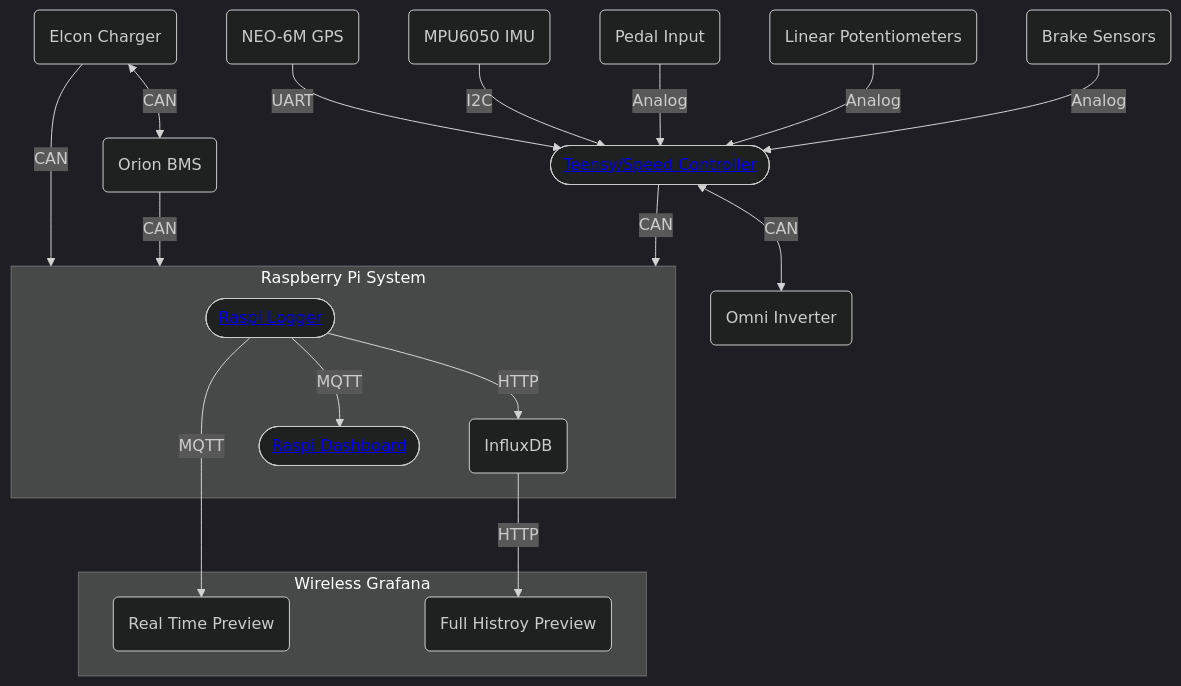
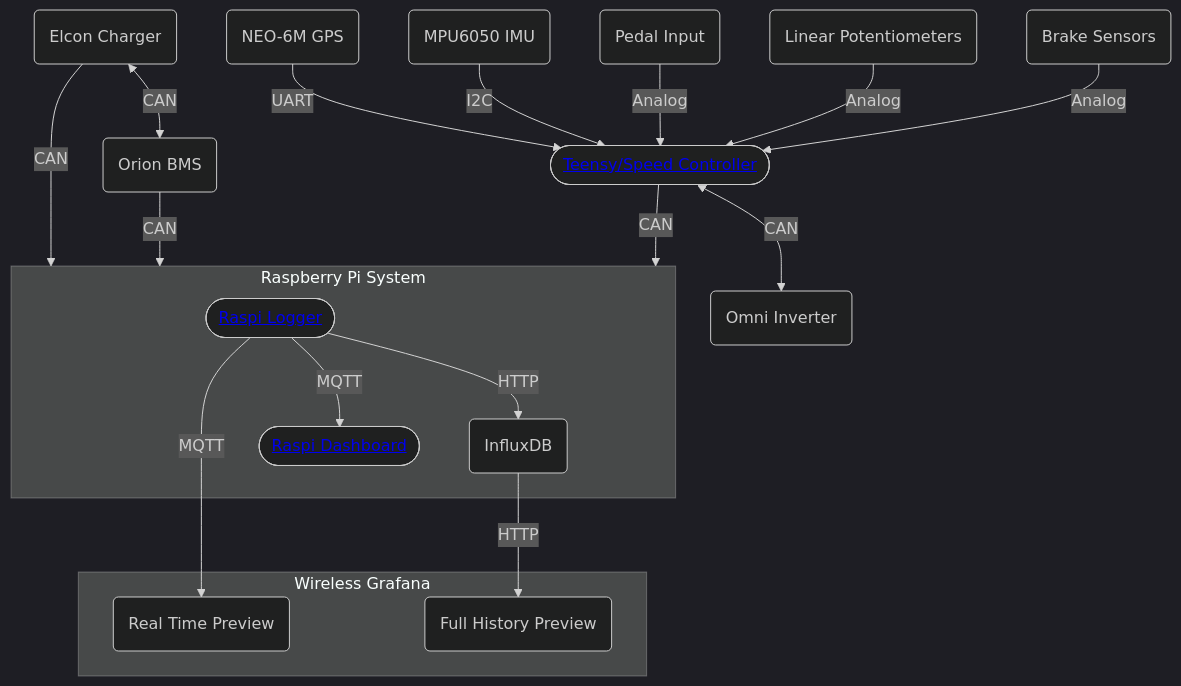
The diagram in README.md (Anteater-Electric-Racing/embedded), drawn with Mermaid (dark theme) before and after one commit.

````diff
--- a/README.md
+++ b/README.md
@@ -3,22 +3,22 @@
 ```mermaid
 flowchart TD
     B(Brake Sensors) -->|Analog| SC(["<a href='https://github.com/AlistairKeiller/FSAE/tree/master/fsae-vehicle-fw' target='_blank'>Teensy/Speed Controller</a>"])
     L(Linear Potentiometers) -->|Analog| SC
     PI(Pedal Input) -->|Analog| SC
     O(Orion BMS) -->|CAN| Pi
     %% OI(Omni Inverter) -->|CAN| Pi
     SC(Teensy Omni Speed Controller) -->|CAN| Pi
     IMU(MPU6050 IMU) -->|I2C| SC
     GPS(NEO-6M GPS) -->|UART| SC
     IMS(Elcon Charger) -->|CAN| Pi
     IMS(Elcon Charger) <-->|CAN| O
     SC(["<a href='https://github.com/AlistairKeiller/FSAE/tree/master/fsae-vehicle-fw' target='_blank'>Teensy/Speed Controller</a>"]) <-->|CAN| OI(Omni Inverter)
     subgraph Pi[Raspberry Pi System]
         R(["<a href='https://github.com/AlistairKeiller/FSAE/tree/master/fsae-raspi' target='_blank'>Raspi Logger</a>"]) -->|HTTP| I(InfluxDB)
         R -->|MQTT| D(["<a href='https://github.com/AlistairKeiller/FSAE/tree/master/fsae-dashboard' target='_blank'>Raspi Dashboard</a>"])
     end
     subgraph Graphana[Wireless Grafana]
-        I -->|HTTP| F(Full Histroy Preview)
+        I -->|HTTP| F(Full History Preview)
         R -->|MQTT| P(Real Time Preview)
     end
 ```
````
